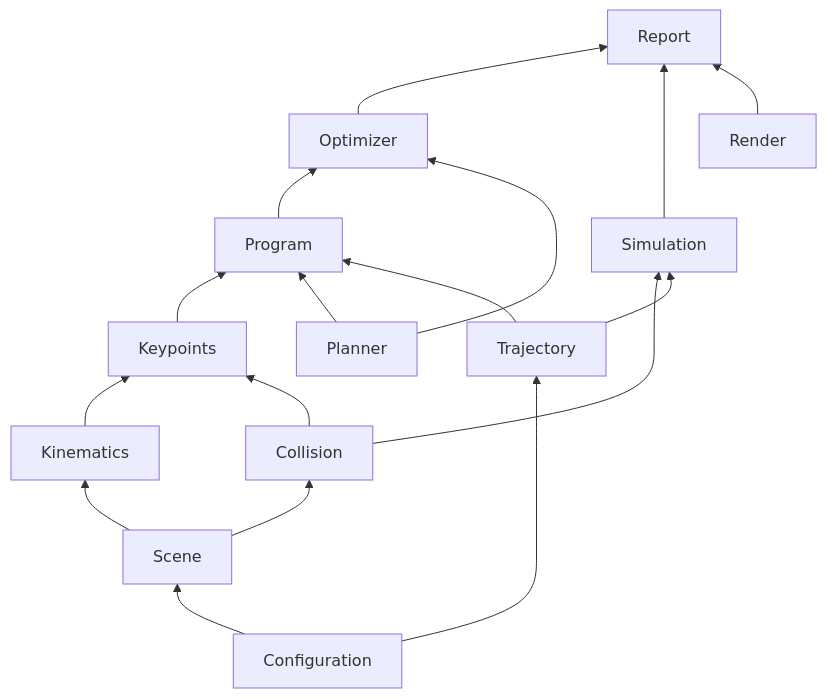
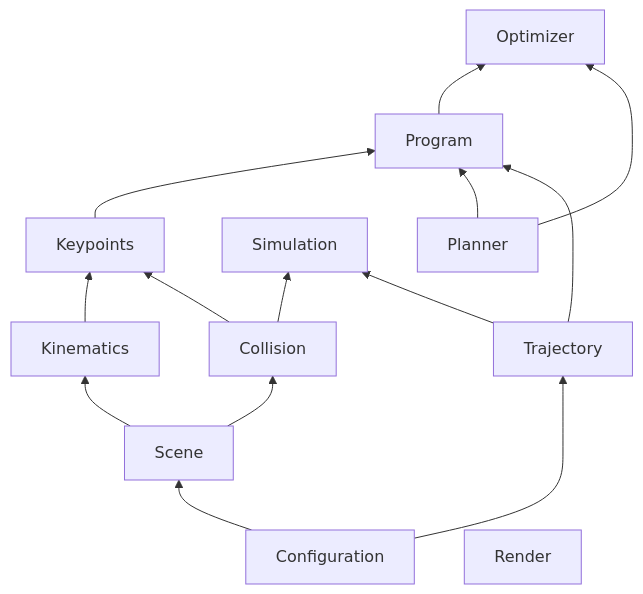
The first of 2 diagrams in README.md (rparak/KINALI_Test_it_off_Simulation), drawn with Mermaid before and after one commit. The commit also changed other lines of this file and 18 other files, not shown here.

````diff
--- a/README.md
+++ b/README.md
@@ -179,19 +179,17 @@
 ```mermaid
 flowchart BT
     Configuration --> Scene
     Scene --> Kinematics
     Scene --> Collision
     Configuration --> Trajectory
     Kinematics --> Keypoints
     Collision --> Keypoints
     Collision --> Simulation
     Trajectory --> Simulation
     Keypoints --> Program
     Planner --> Program
     Trajectory --> Program
     Program --> Optimizer
     Planner --> Optimizer
-    Optimizer --> Report
-    Simulation --> Report
-    Render --> Report
+    Render
 ```
````
